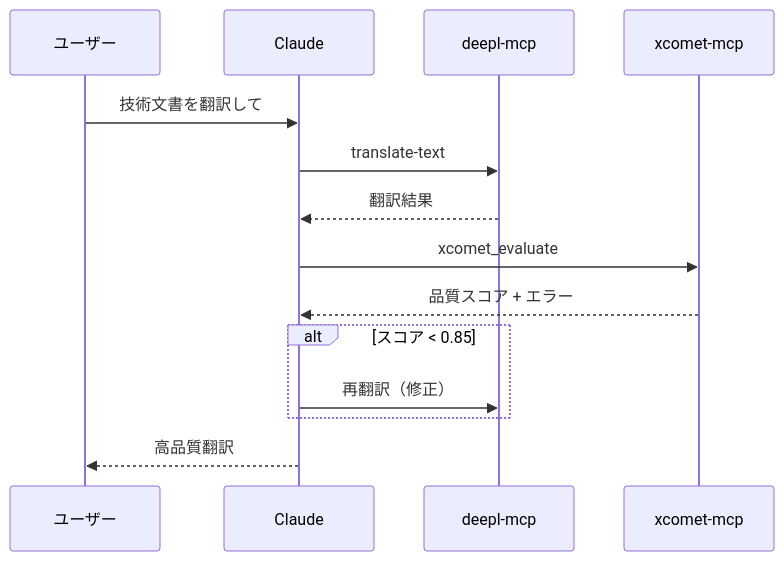
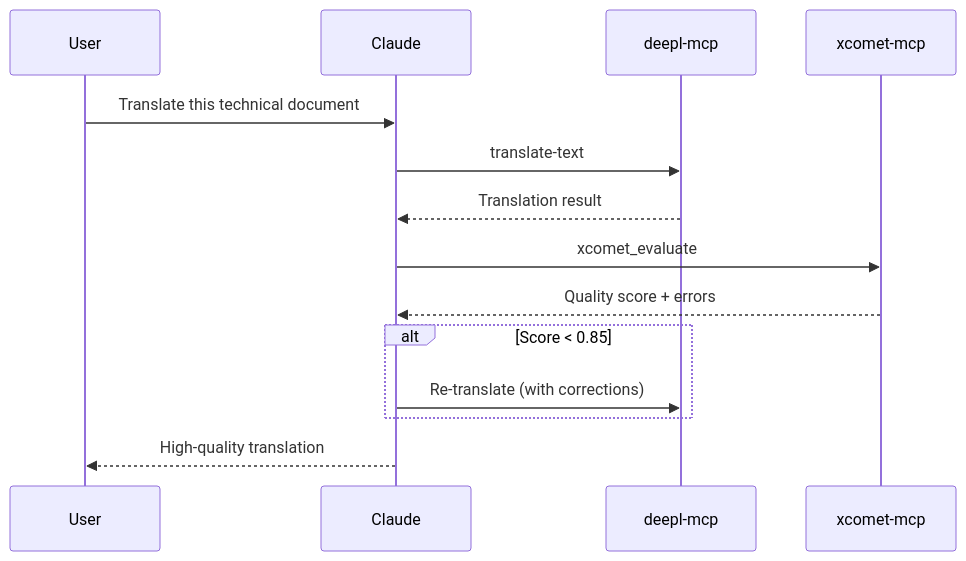
Before and after one commit to shuji-bonji/ai-agent-architecture: the third of 5 diagrams in docs/mcp/catalog.md, drawn with Mermaid. The commit also changed other lines of this file and 42 other files, not shown here.

````diff
--- a/docs/mcp/catalog.md
+++ b/docs/mcp/catalog.md
@@ -246,17 +248,17 @@
 ```mermaid
 sequenceDiagram
-    participant User as ユーザー
+    participant User as User
     participant Claude as Claude
     participant DeepL as deepl-mcp
     participant xCOMET as xcomet-mcp
 
-    User->>Claude: 技術文書を翻訳して
+    User->>Claude: Translate this technical document
     Claude->>DeepL: translate-text
-    DeepL-->>Claude: 翻訳結果
+    DeepL-->>Claude: Translation result
     Claude->>xCOMET: xcomet_evaluate
-    xCOMET-->>Claude: 品質スコア + エラー
-    alt スコア < 0.85
-        Claude->>DeepL: 再翻訳（修正）
+    xCOMET-->>Claude: Quality score + errors
+    alt Score < 0.85
+        Claude->>DeepL: Re-translate (with corrections)
     end
-    Claude-->>User: 高品質翻訳
+    Claude-->>User: High-quality translation
 ```
````
